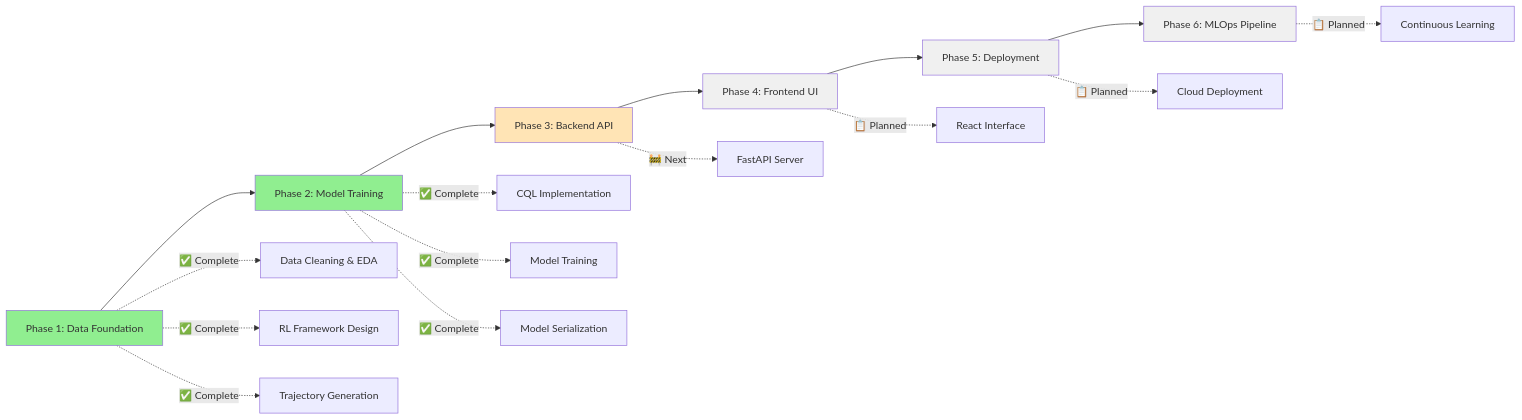
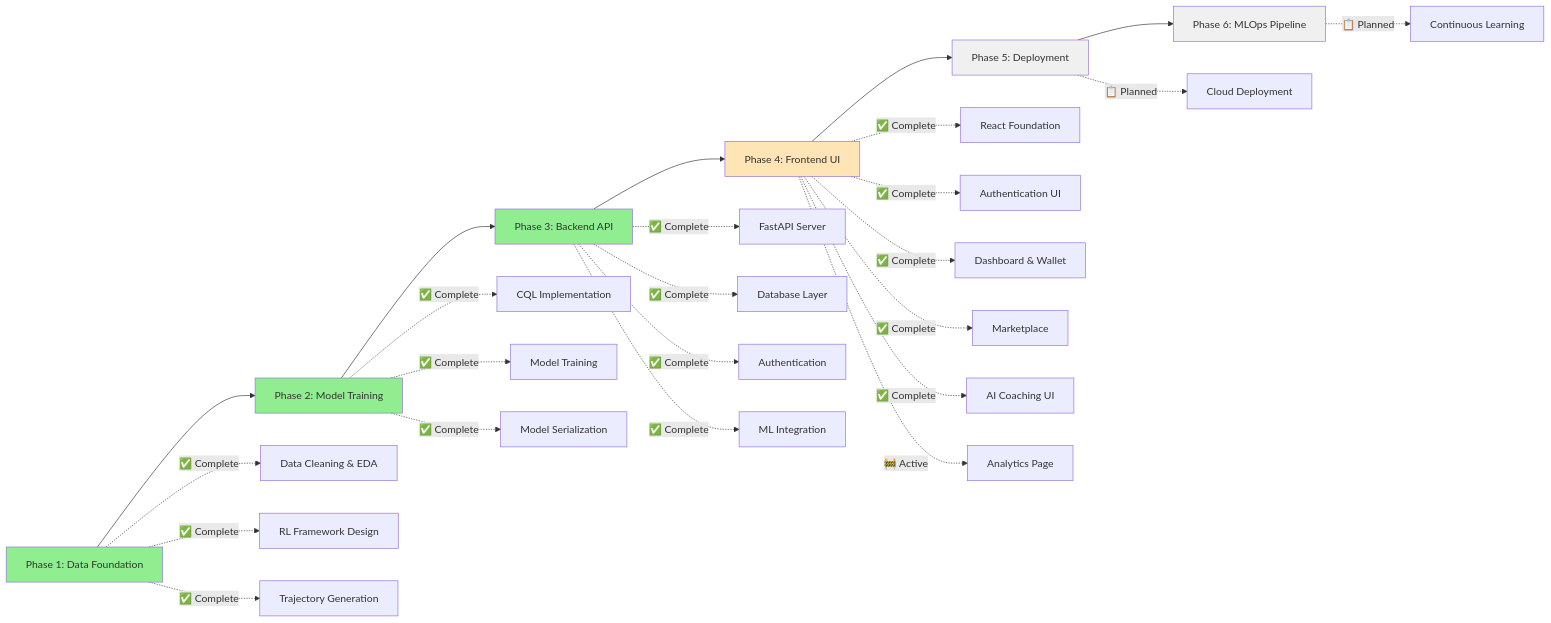
The diagram in README.md (emondsarker/reinforcement-learning-framework-for-financial-behavior-change), drawn with Mermaid before and after one commit. The commit also changed other lines of this file, not shown here.

````diff
--- a/README.md
+++ b/README.md
@@ -74,28 +485,38 @@
 ```mermaid
 graph LR
     A[Phase 1: Data Foundation] --> B[Phase 2: Model Training]
     B --> C[Phase 3: Backend API]
     C --> D[Phase 4: Frontend UI]
     D --> E[Phase 5: Deployment]
     E --> F[Phase 6: MLOps Pipeline]
 
     A -.->|✅ Complete| A1[Data Cleaning & EDA]
     A -.->|✅ Complete| A2[RL Framework Design]
     A -.->|✅ Complete| A3[Trajectory Generation]
 
     B -.->|✅ Complete| B1[CQL Implementation]
     B -.->|✅ Complete| B2[Model Training]
     B -.->|✅ Complete| B3[Model Serialization]
 
-    C -.->|🚧 Next| C1[FastAPI Server]
-    D -.->|📋 Planned| D1[React Interface]
+    C -.->|✅ Complete| C1[FastAPI Server]
+    C -.->|✅ Complete| C2[Database Layer]
+    C -.->|✅ Complete| C3[Authentication]
+    C -.->|✅ Complete| C4[ML Integration]
+
+    D -.->|✅ Complete| D1[React Foundation]
+    D -.->|✅ Complete| D2[Authentication UI]
+    D -.->|✅ Complete| D3[Dashboard & Wallet]
+    D -.->|✅ Complete| D4[Marketplace]
+    D -.->|✅ Complete| D5[AI Coaching UI]
+    D -.->|🚧 Active| D6[Analytics Page]
+
     E -.->|📋 Planned| E1[Cloud Deployment]
     F -.->|📋 Planned| F1[Continuous Learning]
 
     style A fill:#90EE90
     style B fill:#90EE90
-    style C fill:#FFE4B5
-    style D fill:#F0F0F0
+    style C fill:#90EE90
+    style D fill:#FFE4B5
     style E fill:#F0F0F0
     style F fill:#F0F0F0
 ```
````
